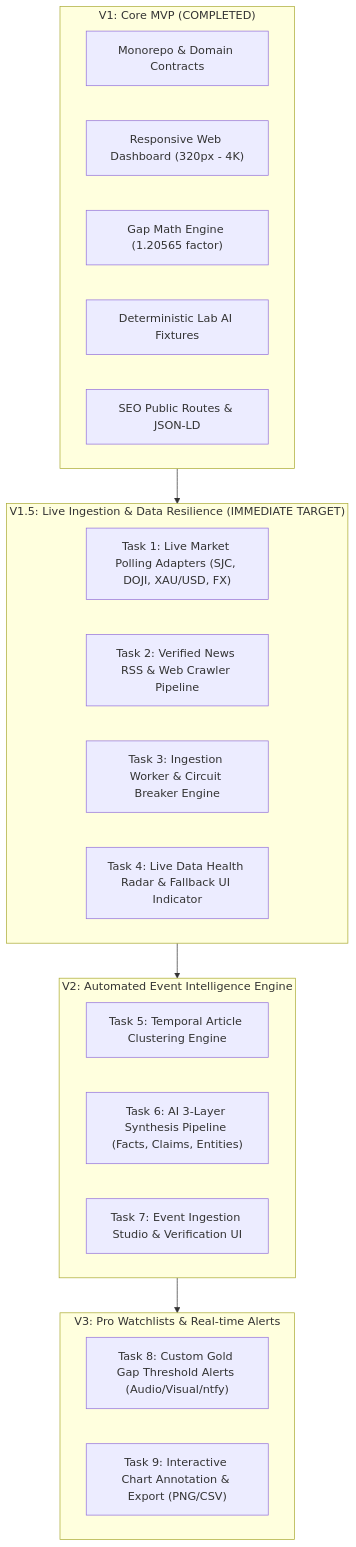
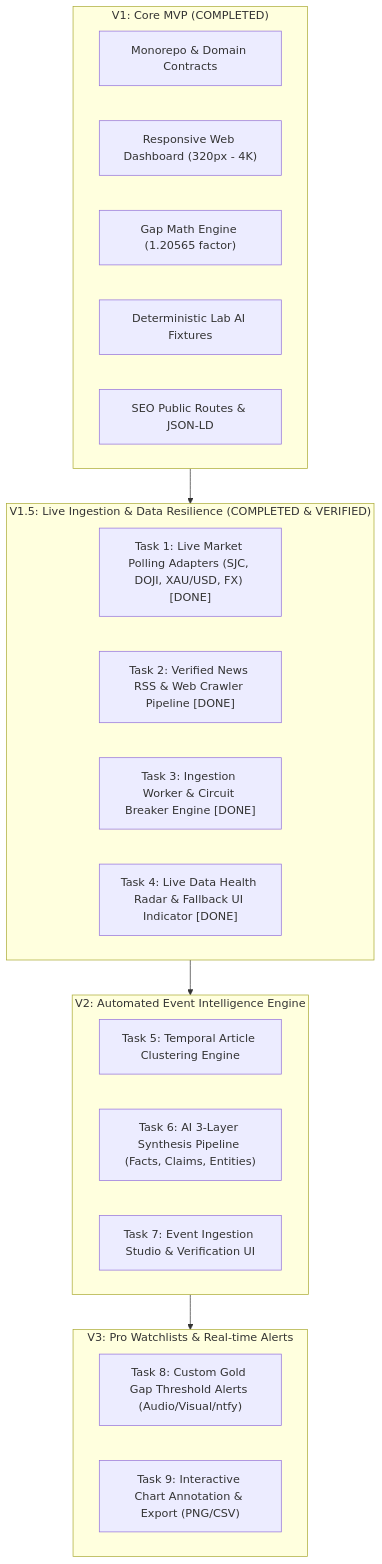
One commit to xuanhao1804/FrabPulse changed the diagram in docs/SPEC_MILESTONES_AND_TASKS.md. Above: the diagram before and after it, drawn with Mermaid. The commit also changed other lines of this file, not shown here.

Commit message:
docs: record Milestone 1.5 completion across all 4 tasks

````diff
--- a/docs/SPEC_MILESTONES_AND_TASKS.md
+++ b/docs/SPEC_MILESTONES_AND_TASKS.md
@@ -14,32 +14,32 @@
 ```mermaid
 flowchart TD
     subgraph V1 ["V1: Core MVP (COMPLETED)"]
         V1_1["Monorepo & Domain Contracts"]
         V1_2["Responsive Web Dashboard (320px - 4K)"]
         V1_3["Gap Math Engine (1.20565 factor)"]
         V1_4["Deterministic Lab AI Fixtures"]
         V1_5["SEO Public Routes & JSON-LD"]
     end
 
-    subgraph V15 ["V1.5: Live Ingestion & Data Resilience (IMMEDIATE TARGET)"]
-        T1["Task 1: Live Market Polling Adapters (SJC, DOJI, XAU/USD, FX)"]
-        T2["Task 2: Verified News RSS & Web Crawler Pipeline"]
-        T3["Task 3: Ingestion Worker & Circuit Breaker Engine"]
-        T4["Task 4: Live Data Health Radar & Fallback UI Indicator"]
+    subgraph V15 ["V1.5: Live Ingestion & Data Resilience (COMPLETED & VERIFIED)"]
+        T1["Task 1: Live Market Polling Adapters (SJC, DOJI, XAU/USD, FX) [DONE]"]
+        T2["Task 2: Verified News RSS & Web Crawler Pipeline [DONE]"]
+        T3["Task 3: Ingestion Worker & Circuit Breaker Engine [DONE]"]
+        T4["Task 4: Live Data Health Radar & Fallback UI Indicator [DONE]"]
     end
 
     subgraph V2 ["V2: Automated Event Intelligence Engine"]
         T5["Task 5: Temporal Article Clustering Engine"]
         T6["Task 6: AI 3-Layer Synthesis Pipeline (Facts, Claims, Entities)"]
         T7["Task 7: Event Ingestion Studio & Verification UI"]
     end
 
     subgraph V3 ["V3: Pro Watchlists & Real-time Alerts"]
         T8["Task 8: Custom Gold Gap Threshold Alerts (Audio/Visual/ntfy)"]
         T9["Task 9: Interactive Chart Annotation & Export (PNG/CSV)"]
     end
 
     V1 --> V15
     V15 --> V2
     V2 --> V3
 ```
````
